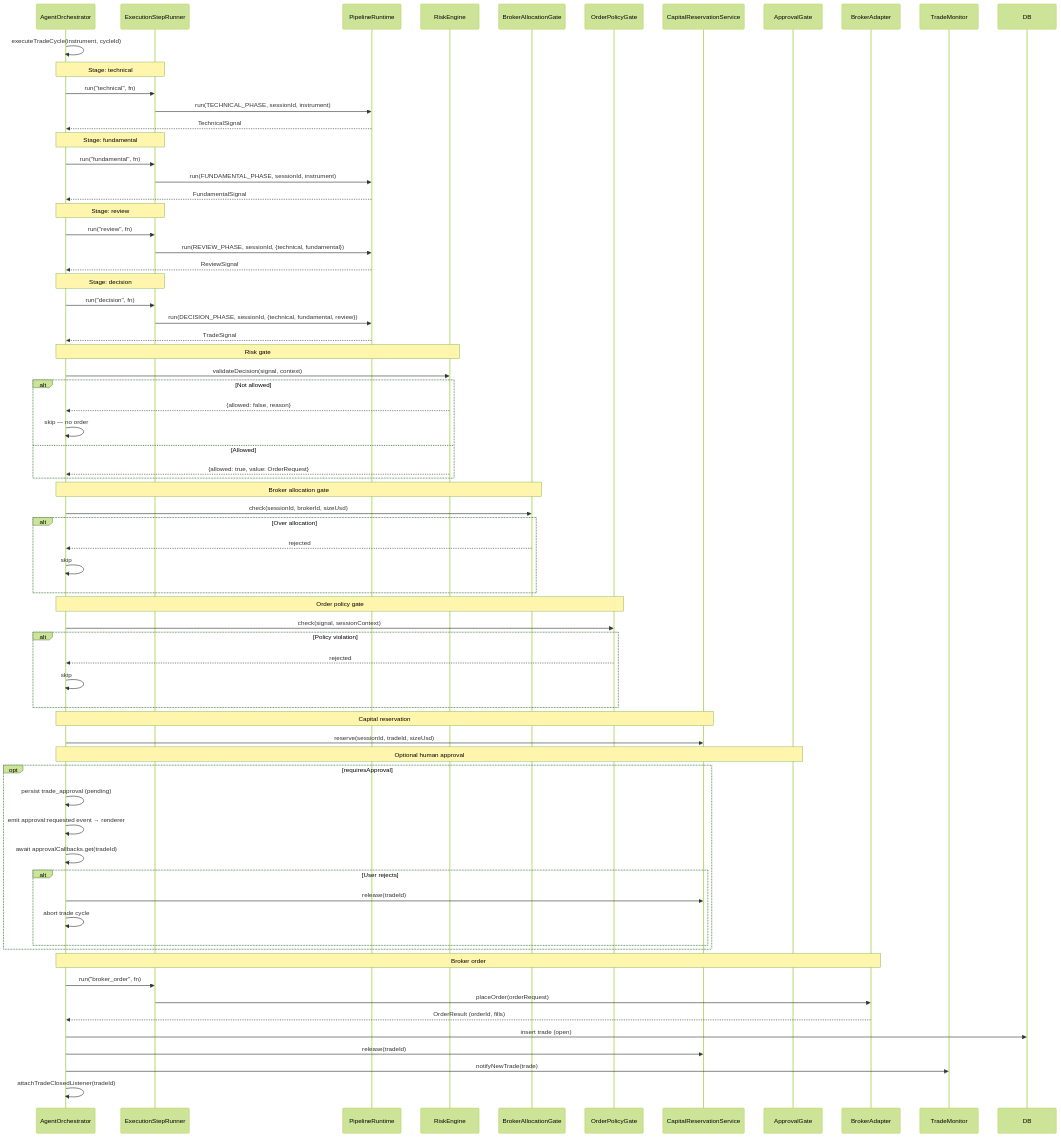
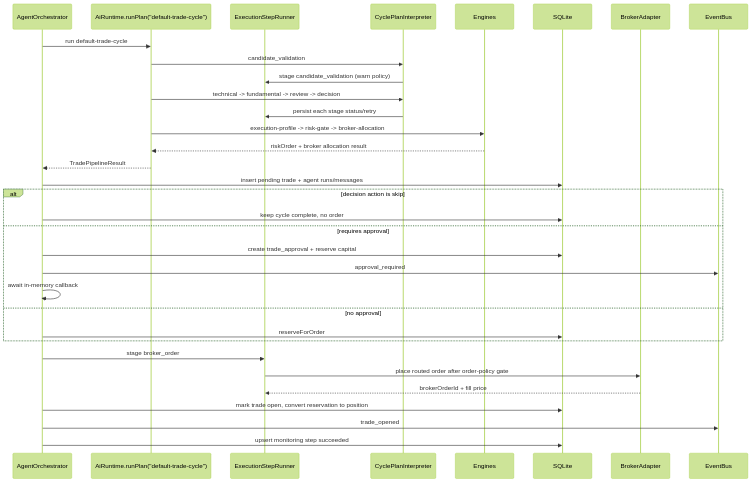
Before and after one commit to KennethAtchon/Exva: the seventh of 16 diagrams in docs/architecture/ai-runtime.md, drawn with Mermaid (forest theme). The commit also changed other lines of this file and 42 other files, not shown here.

````diff
--- a/docs/architecture/ai-runtime.md
+++ b/docs/architecture/ai-runtime.md
@@ -350,82 +296,36 @@
 ```mermaid
 sequenceDiagram
     participant AO as AgentOrchestrator
+    participant AI as AiRuntime.runPlan("default-trade-cycle")
     participant ESR as ExecutionStepRunner
-    participant PR as PipelineRuntime
-    participant RE as RiskEngine
-    participant BAG as BrokerAllocationGate
-    participant OPG as OrderPolicyGate
-    participant CR as CapitalReservationService
-    participant Appr as ApprovalGate
-    participant BA as BrokerAdapter
-    participant TM as TradeMonitor
+    participant Plan as CyclePlanInterpreter
+    participant Gate as Engines
+    participant DB as SQLite
+    participant Broker as BrokerAdapter
+    participant EB as EventBus
 
-    AO->>AO: executeTradeCycle(instrument, cycleId)
-
-    note over AO,ESR: Stage: technical
-    AO->>ESR: run("technical", fn)
-    ESR->>PR: run(TECHNICAL_PHASE, sessionId, instrument)
-    PR-->>AO: TechnicalSignal
-
-    note over AO,ESR: Stage: fundamental
-    AO->>ESR: run("fundamental", fn)
-    ESR->>PR: run(FUNDAMENTAL_PHASE, sessionId, instrument)
-    PR-->>AO: FundamentalSignal
-
-    note over AO,ESR: Stage: review
-    AO->>ESR: run("review", fn)
-    ESR->>PR: run(REVIEW_PHASE, sessionId, {technical, fundamental})
-    PR-->>AO: ReviewSignal
-
-    note over AO,ESR: Stage: decision
-    AO->>ESR: run("decision", fn)
-    ESR->>PR: run(DECISION_PHASE, sessionId, {technical, fundamental, review})
-    PR-->>AO: TradeSignal
-
-    note over AO,RE: Risk gate
-    AO->>RE: validateDecision(signal, context)
-    alt Not allowed
-        RE-->>AO: {allowed: false, reason}
-        AO->>AO: skip — no order
-    else Allowed
-        RE-->>AO: {allowed: true, value: OrderRequest}
+    AO->>AI: run default-trade-cycle
+    AI->>Plan: candidate_validation
+    Plan->>ESR: stage candidate_validation (warn policy)
+    AI->>Plan: technical -> fundamental -> review -> decision
+    Plan->>ESR: persist each stage status/retry
+    AI->>Gate: execution-profile -> risk-gate -> broker-allocation
+    Gate-->>AI: riskOrder + broker allocation result
+    AI-->>AO: TradePipelineResult
+    AO->>DB: insert pending trade + agent runs/messages
+    alt decision action is skip
+        AO->>DB: keep cycle complete, no order
+    else requires approval
+        AO->>DB: create trade_approval + reserve capital
+        AO->>EB: approval_required
+        AO->>AO: await in-memory callback
+    else no approval
+        AO->>DB: reserveForOrder
     end
-
-    note over AO,BAG: Broker allocation gate
-    AO->>BAG: check(sessionId, brokerId, sizeUsd)
-    alt Over allocation
-        BAG-->>AO: rejected
-        AO->>AO: skip
-    end
-
-    note over AO,OPG: Order policy gate
-    AO->>OPG: check(signal, sessionContext)
-    alt Policy violation
-        OPG-->>AO: rejected
-        AO->>AO: skip
-    end
-
-    note over AO,CR: Capital reservation
-    AO->>CR: reserve(sessionId, tradeId, sizeUsd)
-
-    note over AO,Appr: Optional human approval
-    opt requiresApproval
-        AO->>AO: persist trade_approval (pending)
-        AO->>AO: emit approval:requested event → renderer
-        AO->>AO: await approvalCallbacks.get(tradeId)
-        alt User rejects
-            AO->>CR: release(tradeId)
-            AO->>AO: abort trade cycle
-        end
-    end
-
-    note over AO,BA: Broker order
-    AO->>ESR: run("broker_order", fn)
-    ESR->>BA: placeOrder(orderRequest)
-    BA-->>AO: OrderResult (orderId, fills)
-    AO->>DB: insert trade (open)
-    AO->>CR: release(tradeId)
-
-    AO->>TM: notifyNewTrade(trade)
-    AO->>AO: attachTradeClosedListener(tradeId)
+    AO->>ESR: stage broker_order
+    ESR->>Broker: place routed order after order-policy gate
+    Broker-->>ESR: brokerOrderId + fill price
+    AO->>DB: mark trade open, convert reservation to position
+    AO->>EB: trade_opened
+    AO->>DB: upsert monitoring step succeeded
 ```
````
